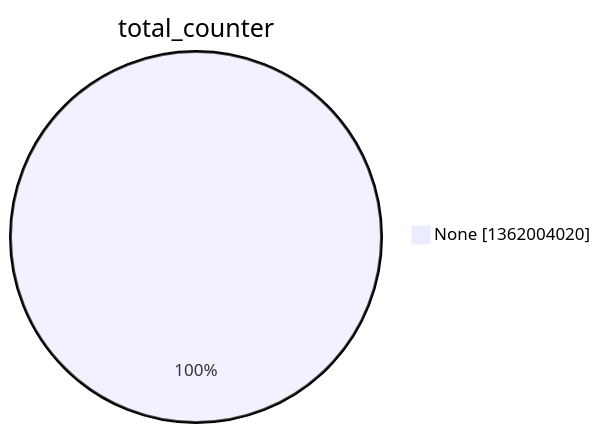
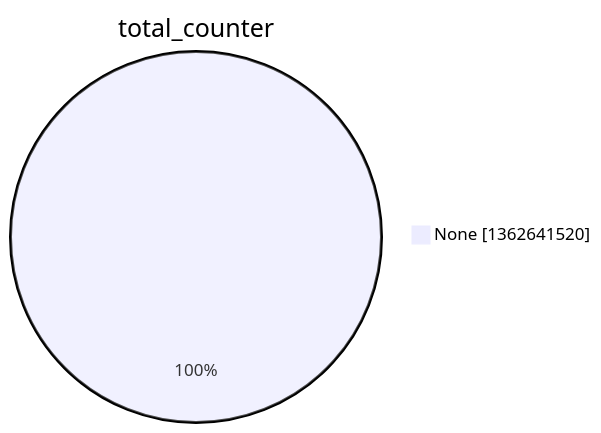
One commit to christiankrug/ctmonitor_visualization changed the second of 15 diagrams in argon2022/README.md. Above: the diagram before and after it, drawn with Mermaid. The commit also changed other lines of this file, not shown here.

````diff
--- a/argon2022/README.md
+++ b/argon2022/README.md
@@ -9,5 +9,5 @@
 ```mermaid
 pie showData
 title total_counter
-"None" :1362004020
+"None" :1362641520
 ```
````
